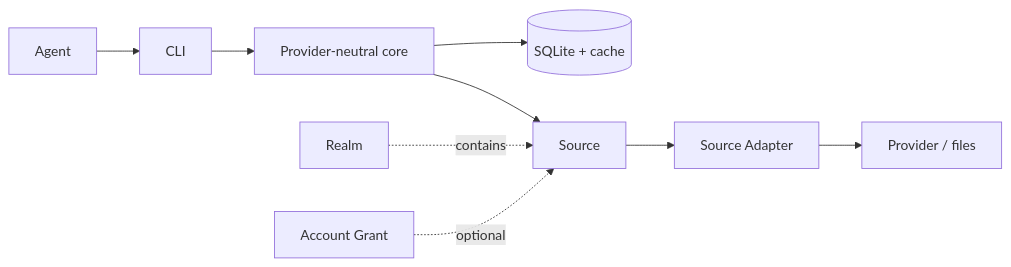
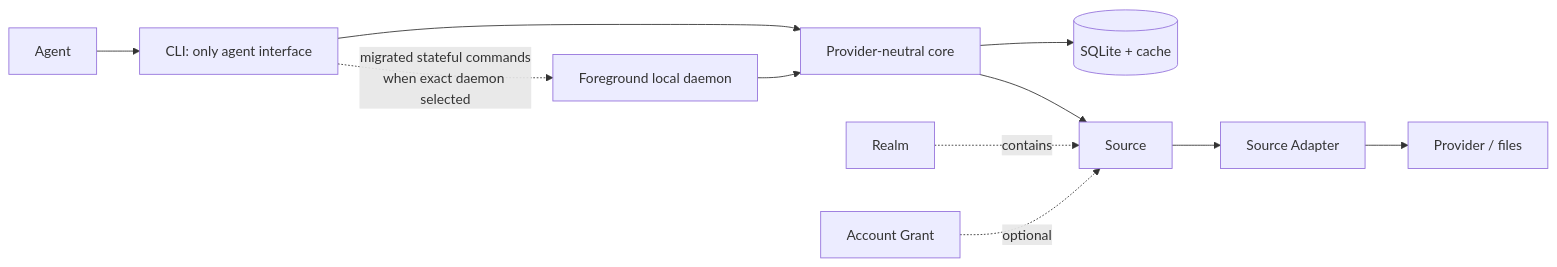
Before and after one commit to barisgit/ctxindex: the first of 3 diagrams in SYSTEM.md, drawn with Mermaid. The commit also changed other lines of this file and 140 other files, not shown here.

Commit message:
feat: prototype local daemon ownership

````diff
--- a/SYSTEM.md
+++ b/SYSTEM.md
@@ -13,9 +13,12 @@
 ```mermaid
 flowchart LR
-  A[Agent] --> CLI --> Core[Provider-neutral core]
+  A[Agent] --> CLI[CLI: only agent interface]
+  CLI --> Core[Provider-neutral core]
+  CLI -. "migrated stateful commands\nwhen exact daemon selected" .-> D[Foreground local daemon]
+  D --> Core
   Core --> DB[(SQLite + cache)]
   Core --> S[Source]
   S --> AD[Source Adapter] --> P[Provider / files]
   R[Realm] -. contains .-> S
   G[Account Grant] -. optional .-> S
 ```
````
